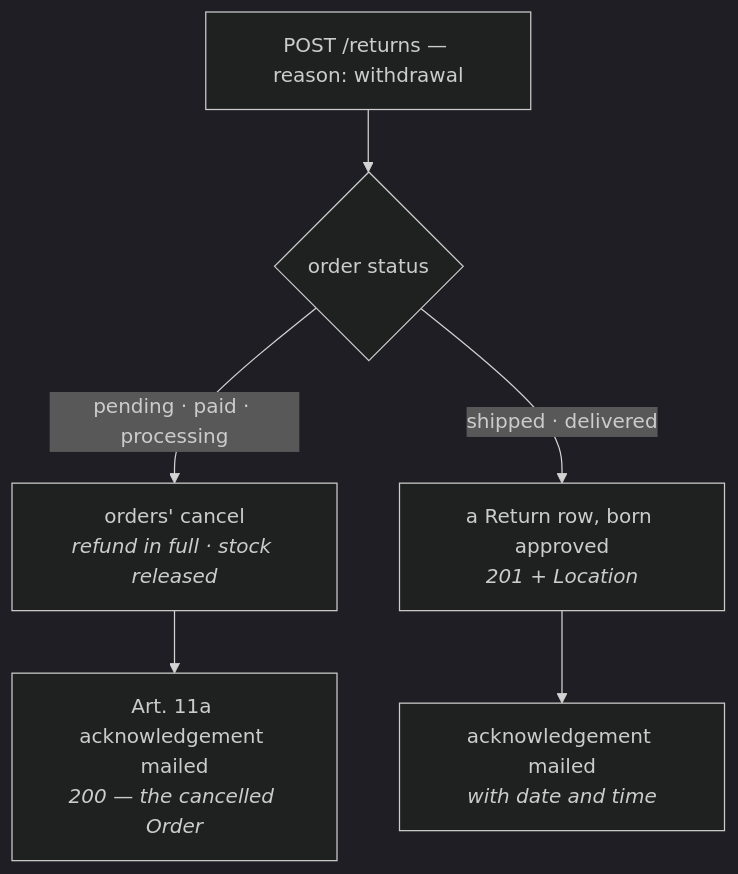
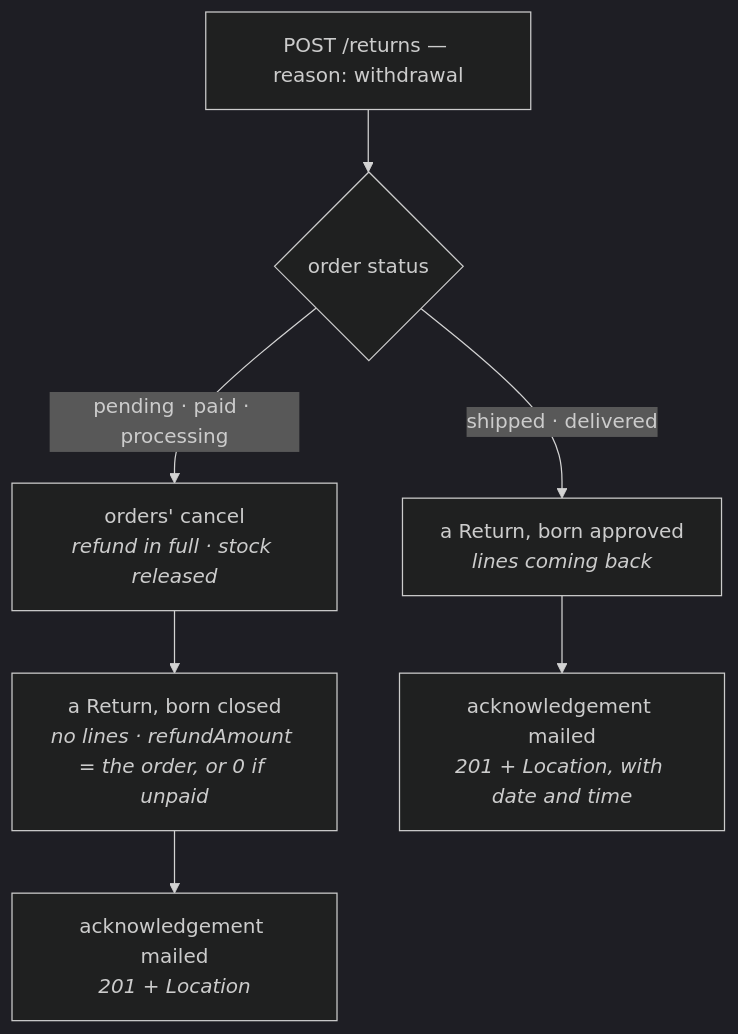
One commit to Guebbit/boilerplate-node-backend changed the third of 4 diagrams in docs/modules/returns.md. Above: the diagram before and after it, drawn with Mermaid (dark theme). The commit also changed other lines of this file and 14 other files, not shown here.

First line of the commit message:
feat(returns)!: every withdrawal answers 201 with a Return, closed at birth before dispatch

````diff
--- a/docs/modules/returns.md
+++ b/docs/modules/returns.md
@@ -93,8 +96,9 @@
 ```mermaid
 flowchart TD
     A["POST /returns — reason: withdrawal"] --> B{"order status"}
     B -- "pending · paid · processing" --> C["orders' cancel<br/><i>refund in full · stock released</i>"]
-    C --> D["Art. 11a acknowledgement mailed<br/><i>200 — the cancelled Order</i>"]
-    B -- "shipped · delivered" --> E["a Return row, born approved<br/><i>201 + Location</i>"]
-    E --> F["acknowledgement mailed<br/><i>with date and time</i>"]
+    C --> D["a Return, born closed<br/><i>no lines · refundAmount = the order, or 0 if unpaid</i>"]
+    D --> G["acknowledgement mailed<br/><i>201 + Location</i>"]
+    B -- "shipped · delivered" --> E["a Return, born approved<br/><i>lines coming back</i>"]
+    E --> F["acknowledgement mailed<br/><i>201 + Location, with date and time</i>"]
 ```
````
